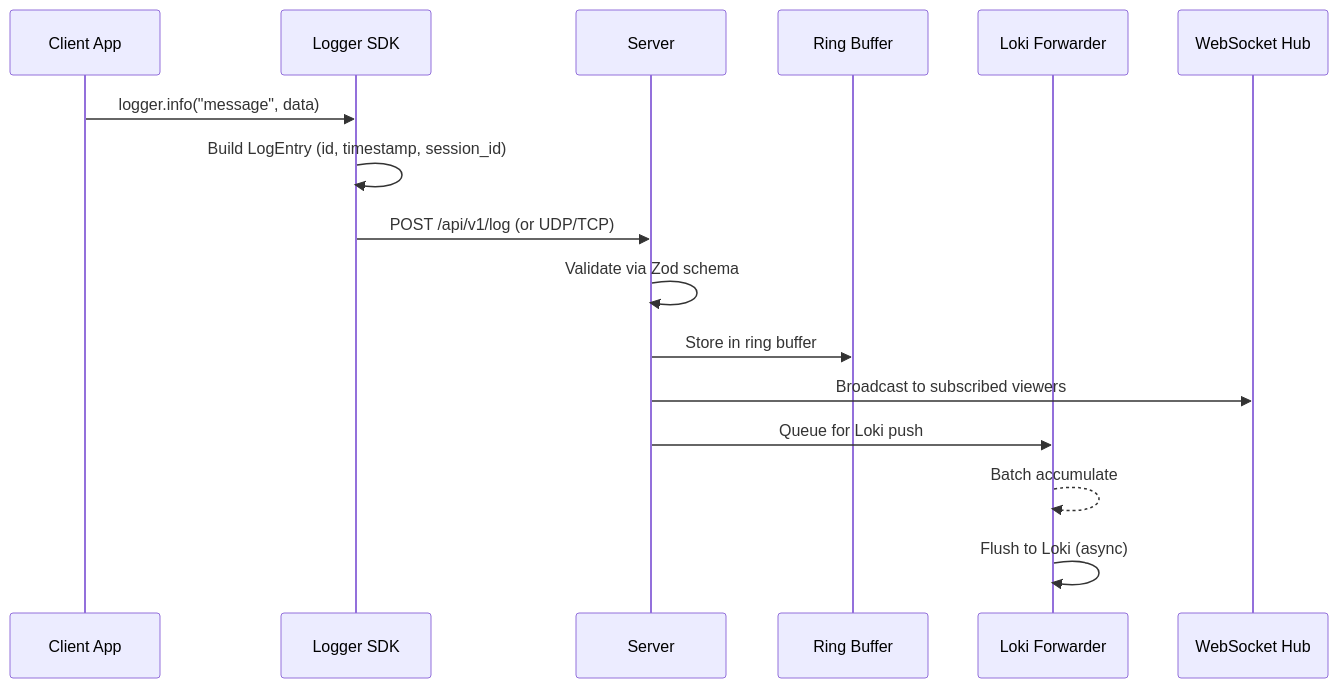
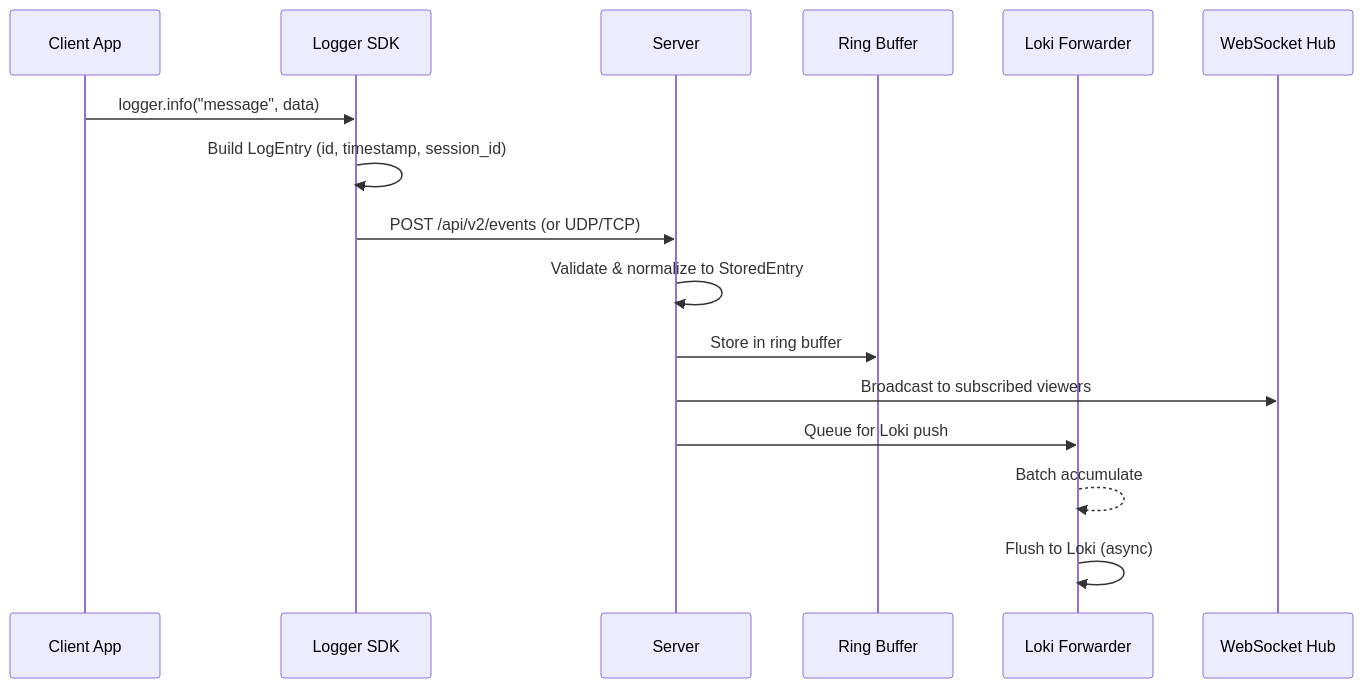
Before and after one commit to toonvanvr/logger: the second of 4 diagrams in docs/INDEX.md, drawn with Mermaid. The commit also changed other lines of this file and 124 other files, not shown here.

````diff
--- a/docs/INDEX.md
+++ b/docs/INDEX.md
@@ -124,19 +124,19 @@
 ```mermaid
 sequenceDiagram
     participant App as Client App
     participant SDK as Logger SDK
     participant Srv as Server
     participant RB as Ring Buffer
     participant LF as Loki Forwarder
     participant WS as WebSocket Hub
 
     App->>SDK: logger.info("message", data)
     SDK->>SDK: Build LogEntry (id, timestamp, session_id)
-    SDK->>Srv: POST /api/v1/log (or UDP/TCP)
-    Srv->>Srv: Validate via Zod schema
+    SDK->>Srv: POST /api/v2/events (or UDP/TCP)
+    Srv->>Srv: Validate & normalize to StoredEntry
     Srv->>RB: Store in ring buffer
     Srv->>WS: Broadcast to subscribed viewers
     Srv->>LF: Queue for Loki push
     LF-->>LF: Batch accumulate
     LF->>LF: Flush to Loki (async)
 ```
````
